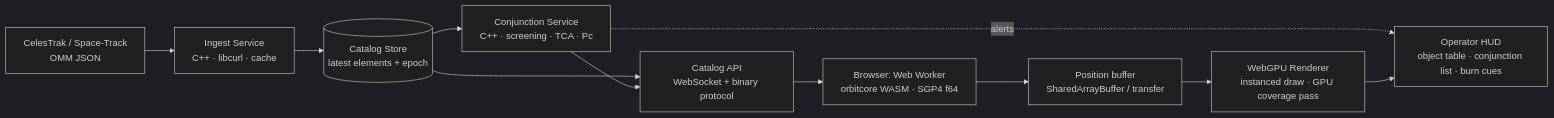
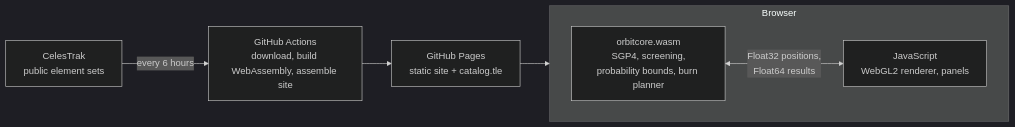
One commit to evjapont-hash/orbitcore changed the diagram in docs/ARCHITECTURE.md. Above: the diagram before and after it, drawn with Mermaid (dark theme). The commit also changed other lines of this file and 6 other files, not shown here.

Commit message:
Docs: README with measured results, architecture as built, conjunction method, validation evidence

````diff
--- a/docs/ARCHITECTURE.md
+++ b/docs/ARCHITECTURE.md
@@ -6,13 +5,13 @@
 ```mermaid
 flowchart LR
-  A[CelesTrak / Space-Track<br/>OMM JSON] --> B[Ingest Service<br/>C++ · libcurl · cache]
-  B --> C[(Catalog Store<br/>latest elements + epoch)]
-  C --> D[Conjunction Service<br/>C++ · screening · TCA · Pc]
-  C --> E[Catalog API<br/>WebSocket + binary protocol]
-  D --> E
-  E --> F[Browser: Web Worker<br/>orbitcore WASM · SGP4 f64]
-  F --> G[Position buffer<br/>SharedArrayBuffer / transfer]
-  G --> H[WebGPU Renderer<br/>instanced draw · GPU coverage pass]
-  D -. alerts .-> I[Operator HUD<br/>object table · conjunction list · burn cues]
-  H --> I
+  A[CelesTrak<br/>public element sets] -->|every 6 hours| B[GitHub Actions<br/>download, build WebAssembly, assemble site]
+  B --> C[GitHub Pages<br/>static site + catalog.tle]
+  C --> D
+
+  subgraph D[Browser]
+    direction LR
+    E[orbitcore.wasm<br/>SGP4, screening,<br/>probability bounds, burn planner]
+    F[JavaScript<br/>WebGL2 renderer, panels]
+    E <-->|Float32 positions,<br/>Float64 results| F
+  end
 ```
````
